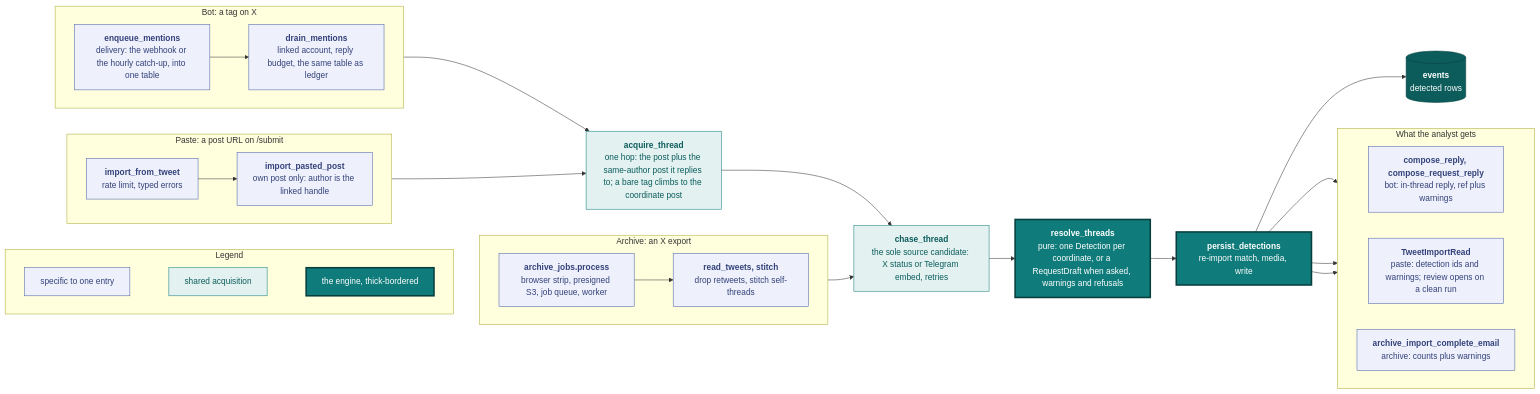
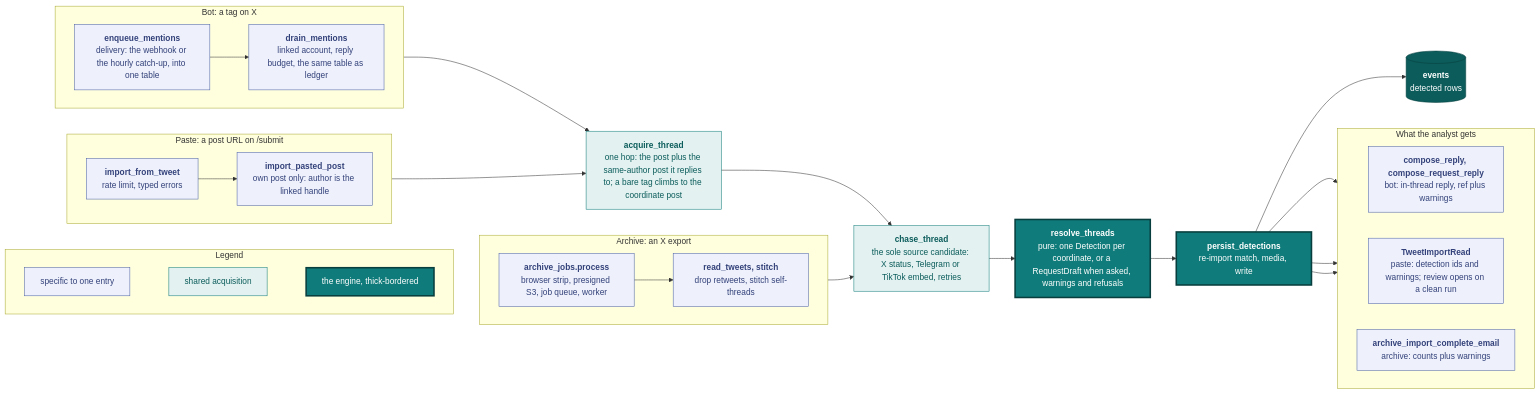
The first of 6 diagrams in docs/ingestion.md (vidithq/vidit), drawn with Mermaid before and after one commit. The commit also changed other lines of this file and 33 other files, not shown here.

````diff
--- a/docs/ingestion.md
+++ b/docs/ingestion.md
@@ -5,63 +5,63 @@
 ```mermaid
 flowchart LR
   classDef spec fill:#eef1fb,stroke:#4a5fa5,color:#33417a
   classDef shared fill:#e3f2f1,stroke:#0f7b7a,color:#0b5c5b
   classDef core fill:#0f7b7a,stroke:#083f3e,stroke-width:3px,color:#ffffff
   classDef store fill:#0b5c5b,stroke:#083f3e,color:#ffffff
 
   subgraph legend [Legend]
     direction LR
     l1["`specific to one entry`"]:::spec
     l2["`shared acquisition`"]:::shared
     l3["`the engine, thick-bordered`"]:::core
     l1 ~~~ l2 ~~~ l3
   end
 
   subgraph paste [Paste: a post URL on /submit]
     direction LR
     p1["`**import_from_tweet**
     rate limit, typed errors`"]:::spec --> p2["`**import_pasted_post**
     own post only: author is the linked handle`"]:::spec
   end
   subgraph bot [Bot: a tag on X]
     direction LR
     b1["`**enqueue_mentions**
     delivery: the webhook or the hourly catch-up, into one table`"]:::spec --> b2["`**drain_mentions**
     linked account, reply budget, the same table as ledger`"]:::spec
   end
   subgraph archive [Archive: an X export]
     direction LR
     a1["`**archive_jobs.process**
     browser strip, presigned S3, job queue, worker`"]:::spec --> a2["`**read_tweets, stitch**
     drop retweets, stitch self-threads`"]:::spec
   end
 
   hop["`**acquire_thread**
   one hop: the post plus the same-author post it replies to; a bare tag climbs to the coordinate post`"]:::shared
   chase["`**chase_thread**
-  the sole source candidate: X status or Telegram embed, retries`"]:::shared
+  the sole source candidate: X status, Telegram or TikTok embed, retries`"]:::shared
   resolve["`**resolve_threads**
   pure: one Detection per coordinate, or a RequestDraft when asked, warnings and refusals`"]:::core
   persist["`**persist_detections**
   re-import match, media, write`"]:::core
   rows[("`**events**
   detected rows`")]:::store
 
   subgraph feedback [What the analyst gets]
     direction LR
     f1["`**compose_reply, compose_request_reply**
     bot: in-thread reply, ref plus warnings`"]:::spec
     f2["`**TweetImportRead**
     paste: detection ids and warnings; review opens on a clean run`"]:::spec
     f3["`**archive_import_complete_email**
     archive: counts plus warnings`"]:::spec
   end
 
   p2 --> hop
   b2 --> hop
   a2 --> chase
   hop --> chase --> resolve --> persist --> rows
   persist --> f1
   persist --> f2
   persist --> f3
 ```
````
